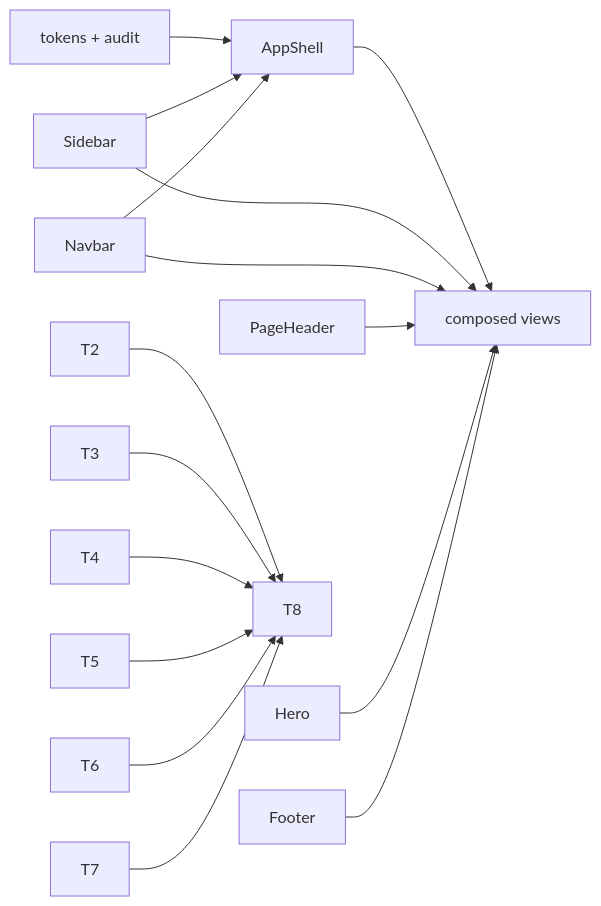
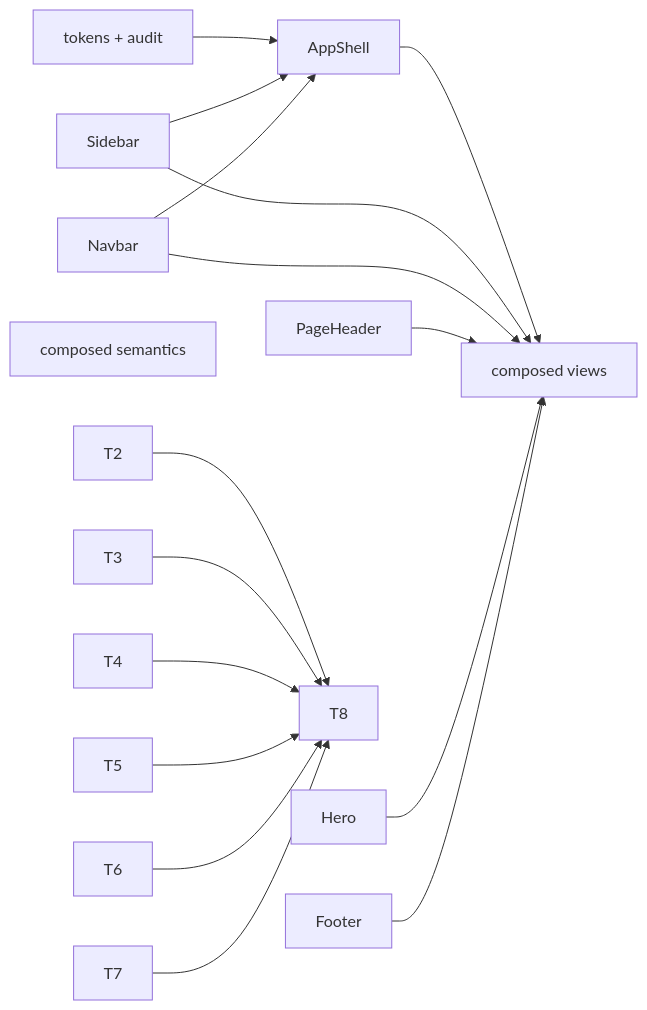
The first of 2 diagrams in docs/plans/2026-10-31-layout-system-refinement.md (t128n/design), drawn with Mermaid before and after one commit. The commit also changed other lines of this file and 2 other files, not shown here.

Commit message:
T8: composed views and story contracts

````diff
--- a/docs/plans/2026-10-31-layout-system-refinement.md
+++ b/docs/plans/2026-10-31-layout-system-refinement.md
@@ -12,19 +12,20 @@
 ```mermaid
 flowchart LR
   T1[tokens + audit] --> Shell[AppShell]
   Shell --> Views[composed views]
   SidebarT[Sidebar] --> Shell
   SidebarT --> Views
   NavbarT[Navbar] --> Shell
   NavbarT --> Views
   HeaderT[PageHeader] --> Views
   HeroT[Hero] --> Views
   FooterT[Footer] --> Views
+  T9[composed semantics]
   %% taskgraph
   T2 --> T8
   T3 --> T8
   T4 --> T8
   T5 --> T8
   T6 --> T8
   T7 --> T8
 ```
````
